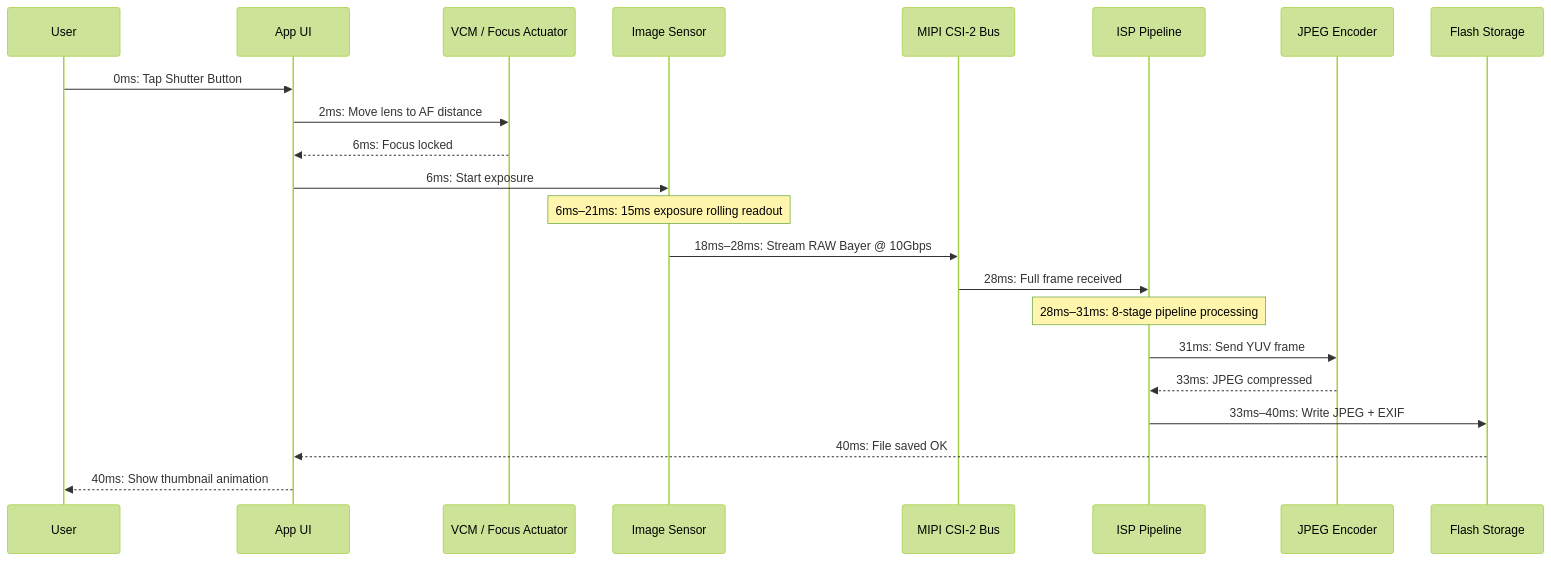
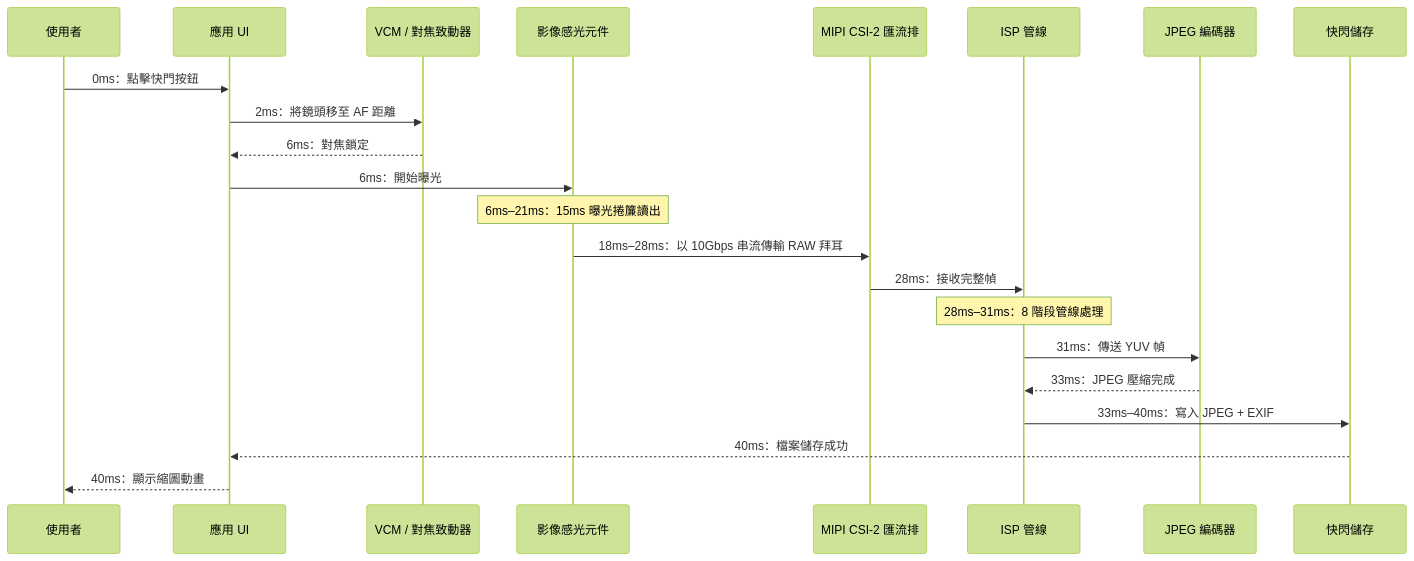
The fifth of 5 diagrams in website/i18n/zh-Hant/docusaurus-plugin-content-docs/current/camera2/understanding-smartphone-cameras.md (zoozooll/AndroidCameraParameters), drawn with Mermaid (forest theme) before and after one commit. The commit also changed other lines of this file and 378 other files, not shown here.

````diff
--- a/website/i18n/zh-Hant/docusaurus-plugin-content-docs/current/camera2/understanding-smartphone-cameras.md
+++ b/website/i18n/zh-Hant/docusaurus-plugin-content-docs/current/camera2/understanding-smartphone-cameras.md
@@ -228,25 +228,25 @@
 ```mermaid
 sequenceDiagram
-    participant User
-    participant UI as App UI
-    participant VCM as VCM / Focus Actuator
-    participant Sensor as Image Sensor
-    participant MIPI as MIPI CSI-2 Bus
-    participant ISP as ISP Pipeline
-    participant JPEG as JPEG Encoder
-    participant Storage as Flash Storage
+    participant User as 使用者
+    participant UI as 應用 UI
+    participant VCM as VCM / 對焦致動器
+    participant Sensor as 影像感光元件
+    participant MIPI as MIPI CSI-2 匯流排
+    participant ISP as ISP 管線
+    participant JPEG as JPEG 編碼器
+    participant Storage as 快閃儲存
 
-    User->>UI: 0ms: Tap Shutter Button
-    UI->>VCM: 2ms: Move lens to AF distance
-    VCM-->>UI: 6ms: Focus locked
-    UI->>Sensor: 6ms: Start exposure
-    Note over Sensor: 6ms–21ms: 15ms exposure rolling readout
-    Sensor->>MIPI: 18ms–28ms: Stream RAW Bayer @ 10Gbps
-    MIPI->>ISP: 28ms: Full frame received
-    Note over ISP: 28ms–31ms: 8-stage pipeline processing
-    ISP->>JPEG: 31ms: Send YUV frame
-    JPEG-->>ISP: 33ms: JPEG compressed
-    ISP->>Storage: 33ms–40ms: Write JPEG + EXIF
-    Storage-->>UI: 40ms: File saved OK
-    UI-->>User: 40ms: Show thumbnail animation
+    User->>UI: 0ms：點擊快門按鈕
+    UI->>VCM: 2ms：將鏡頭移至 AF 距離
+    VCM-->>UI: 6ms：對焦鎖定
+    UI->>Sensor: 6ms：開始曝光
+    Note over Sensor: 6ms–21ms：15ms 曝光捲簾讀出
+    Sensor->>MIPI: 18ms–28ms：以 10Gbps 串流傳輸 RAW 拜耳
+    MIPI->>ISP: 28ms：接收完整幀
+    Note over ISP: 28ms–31ms：8 階段管線處理
+    ISP->>JPEG: 31ms：傳送 YUV 幀
+    JPEG-->>ISP: 33ms：JPEG 壓縮完成
+    ISP->>Storage: 33ms–40ms：寫入 JPEG + EXIF
+    Storage-->>UI: 40ms：檔案儲存成功
+    UI-->>User: 40ms：顯示縮圖動畫
 ```
````
